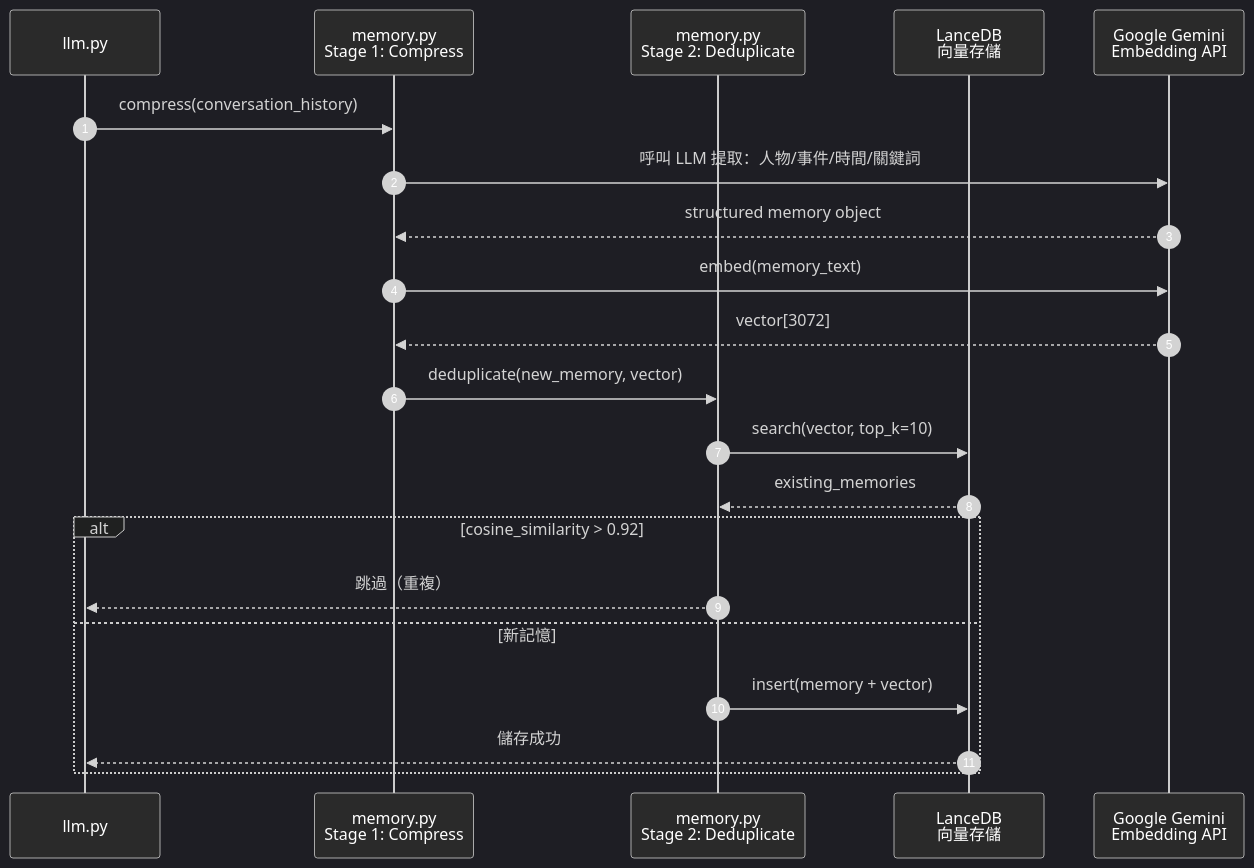
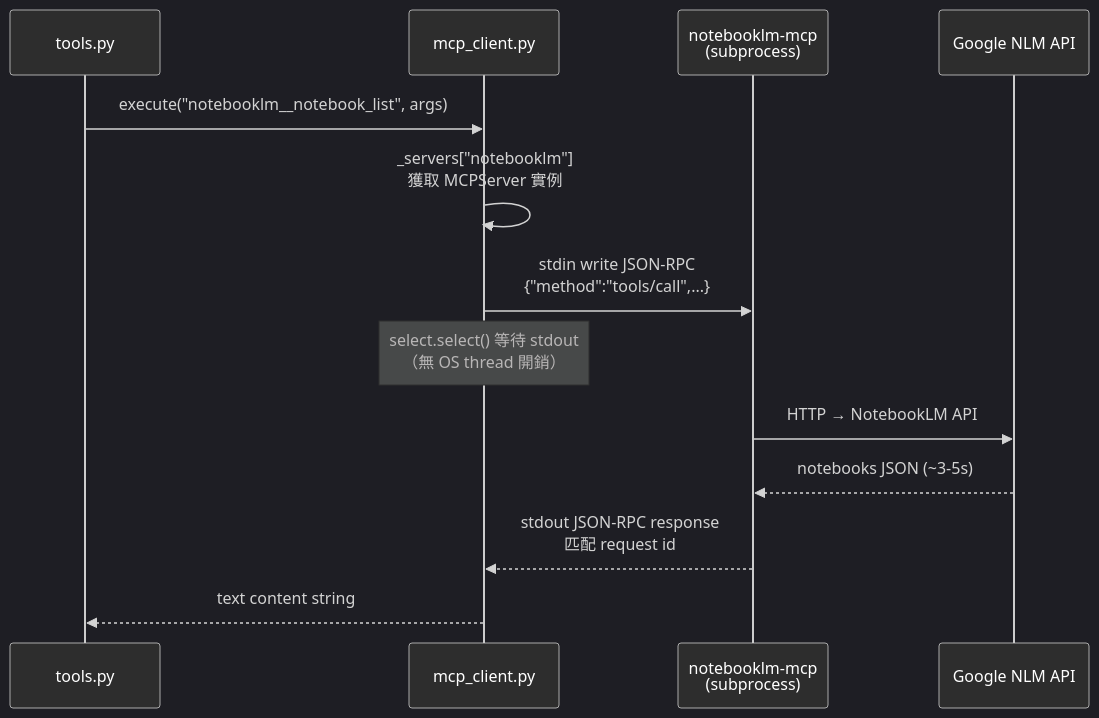
The fifth of 5 diagrams in 系統架構分析報告.md (DanyLeeTW/dspy-office), drawn with Mermaid before and after one commit. The commit also changed other lines of this file and 15 other files, not shown here.

````diff
--- a/系統架構分析報告.md
+++ b/系統架構分析報告.md
@@ -249,50 +254,33 @@
 ```mermaid
 %%{init: {
   'theme': 'dark',
   'themeVariables': {
-    'primaryColor': '#464040f8',
+    'primaryColor': '#2d2d2d',
     'primaryTextColor': '#ffffff',
-    'primaryBorderColor': '#ffffff',
-    'lineColor': '#ffffff',
-    'secondaryColor': '#3a3a3a',
-    'tertiaryColor': '#2a2a2a',
-    'noteBkgColor': '#2a2a2a',
-    'noteTextColor': '#ffffff',
-    'actorBkg': '#2a2a2a',
+    'primaryBorderColor': '#aaaaaa',
+    'lineColor': '#cccccc',
+    'actorBkg': '#2d2d2d',
     'actorTextColor': '#ffffff',
     'actorBorder': '#aaaaaa',
-    'messageColor': '#ffffff',
-    'messageTextColor': '#ffffff',
+    'messageColor': '#cccccc',
     'textColor': '#ffffff',
-    'activationBkgColor': '#464040f8',
-    'sequenceNumberColor': '#ffffff',
+    'activationBkgColor': '#464646',
     'fontSize': '15px',
     'fontFamily': 'ui-sans-serif, system-ui, sans-serif'
   }
 }}%%
 sequenceDiagram
-    autonumber
-    participant Caller as llm.py
-    participant Compress as memory.py<br/>Stage 1: Compress
-    participant Dedup as memory.py<br/>Stage 2: Deduplicate
-    participant Store as LanceDB<br/>向量存儲
-    participant Gemini as Google Gemini<br/>Embedding API
+    participant TOOLS as tools.py
+    participant MCP as mcp_client.py
+    participant PROC as notebooklm-mcp<br/>(subprocess)
+    participant GAPI as Google NLM API
 
-    Caller->>Compress: compress(conversation_history)
-    Compress->>Gemini: 呼叫 LLM 提取：人物/事件/時間/關鍵詞
-    Gemini-->>Compress: structured memory object
-
-    Compress->>Gemini: embed(memory_text)
-    Gemini-->>Compress: vector[3072]
-
-    Compress->>Dedup: deduplicate(new_memory, vector)
-    Dedup->>Store: search(vector, top_k=10)
-    Store-->>Dedup: existing_memories
-
-    alt cosine_similarity > 0.92
-        Dedup-->>Caller: 跳過（重複）
-    else 新記憶
-        Dedup->>Store: insert(memory + vector)
-        Store-->>Caller: 儲存成功
-    end
+    TOOLS->>MCP: execute("notebooklm__notebook_list", args)
+    MCP->>MCP: _servers["notebooklm"]<br/>獲取 MCPServer 實例
+    MCP->>PROC: stdin write JSON-RPC<br/>{"method":"tools/call",...}
+    Note over MCP: select.select() 等待 stdout<br/>（無 OS thread 開銷）
+    PROC->>GAPI: HTTP → NotebookLM API
+    GAPI-->>PROC: notebooks JSON (~3-5s)
+    PROC-->>MCP: stdout JSON-RPC response<br/>匹配 request id
+    MCP-->>TOOLS: text content string
 ```
````
